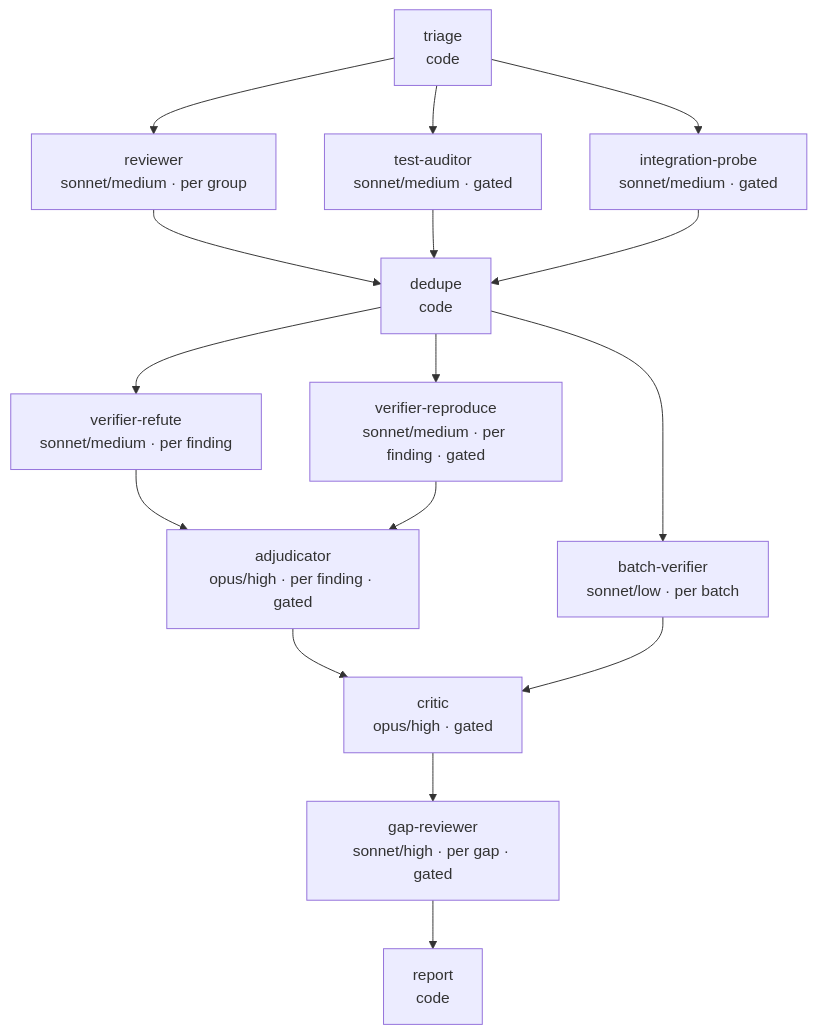
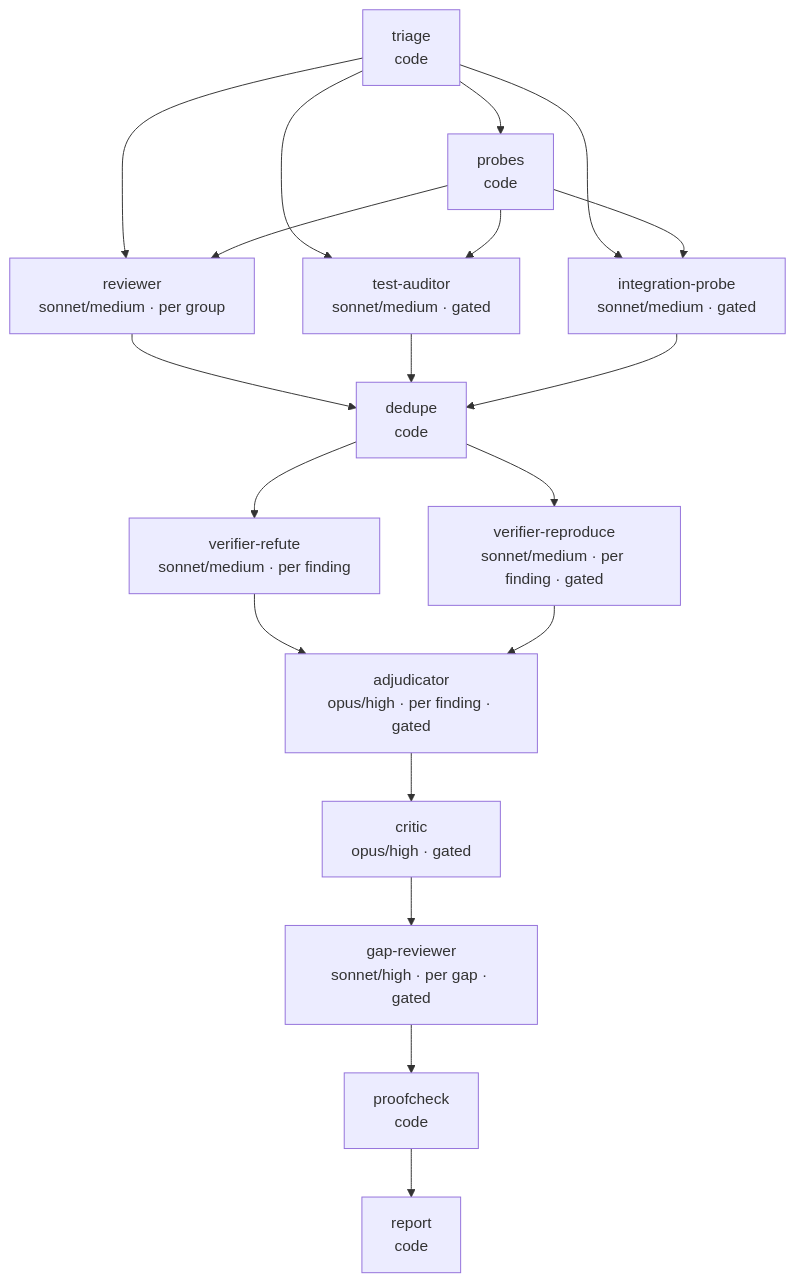
One commit to PNNutkung/skills changed the diagram in skills/zero-trust-review/SKILL.md. Above: the diagram before and after it, drawn with Mermaid. The commit also changed other lines of this file and 9 other files, not shown here.

````diff
--- a/skills/zero-trust-review/SKILL.md
+++ b/skills/zero-trust-review/SKILL.md
@@ -44,30 +44,34 @@
 ```mermaid
 graph TD
   triage["triage<br/>code"]
+  probes["probes<br/>code"]
   reviewer["reviewer<br/>sonnet/medium · per group"]
   test-auditor["test-auditor<br/>sonnet/medium · gated"]
   integration-probe["integration-probe<br/>sonnet/medium · gated"]
   dedupe["dedupe<br/>code"]
   verifier-refute["verifier-refute<br/>sonnet/medium · per finding"]
   verifier-reproduce["verifier-reproduce<br/>sonnet/medium · per finding · gated"]
-  batch-verifier["batch-verifier<br/>sonnet/low · per batch"]
   adjudicator["adjudicator<br/>opus/high · per finding · gated"]
   critic["critic<br/>opus/high · gated"]
   gap-reviewer["gap-reviewer<br/>sonnet/high · per gap · gated"]
+  proofcheck["proofcheck<br/>code"]
   report["report<br/>code"]
+  triage --> probes
   triage --> reviewer
+  probes --> reviewer
   triage --> test-auditor
+  probes --> test-auditor
   triage --> integration-probe
+  probes --> integration-probe
   reviewer --> dedupe
   test-auditor --> dedupe
   integration-probe --> dedupe
   dedupe --> verifier-refute
   dedupe --> verifier-reproduce
-  dedupe --> batch-verifier
   verifier-refute --> adjudicator
   verifier-reproduce --> adjudicator
   adjudicator --> critic
-  batch-verifier --> critic
   critic --> gap-reviewer
-  gap-reviewer --> report
+  gap-reviewer --> proofcheck
+  proofcheck --> report
 ```
````
